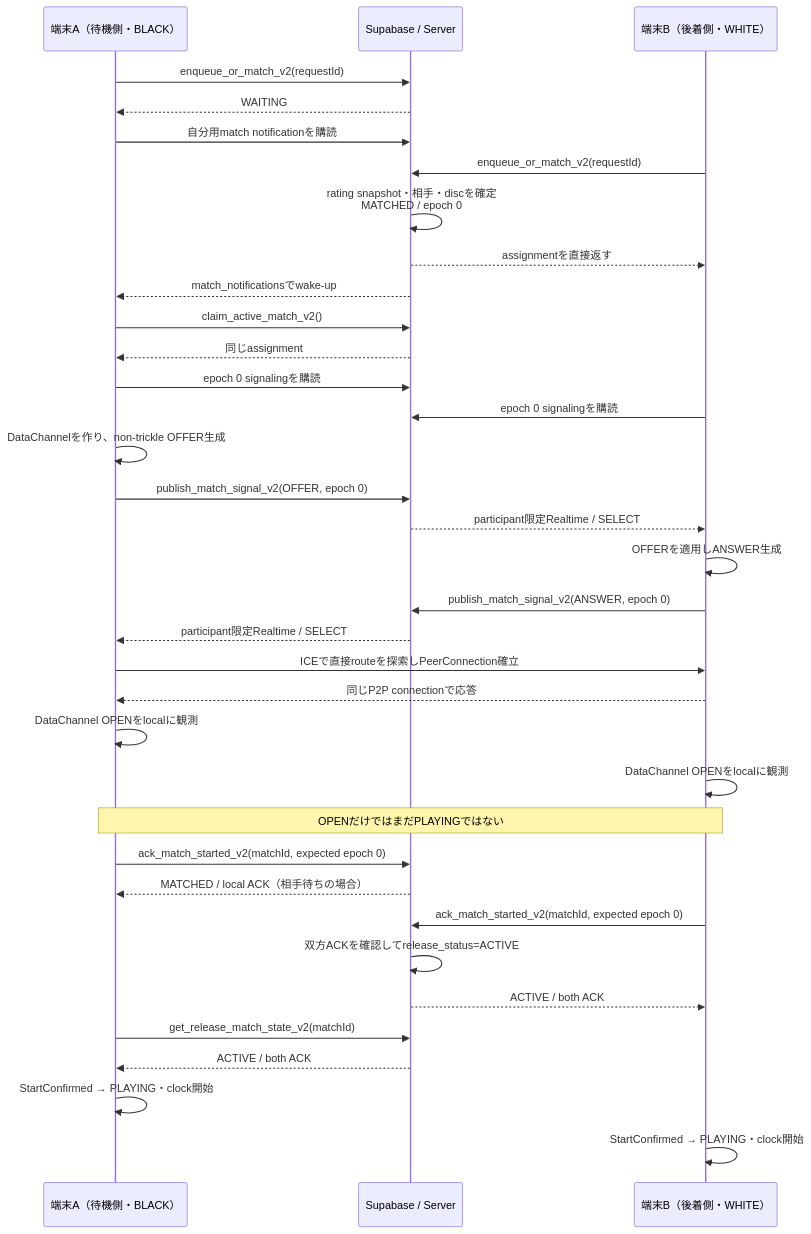
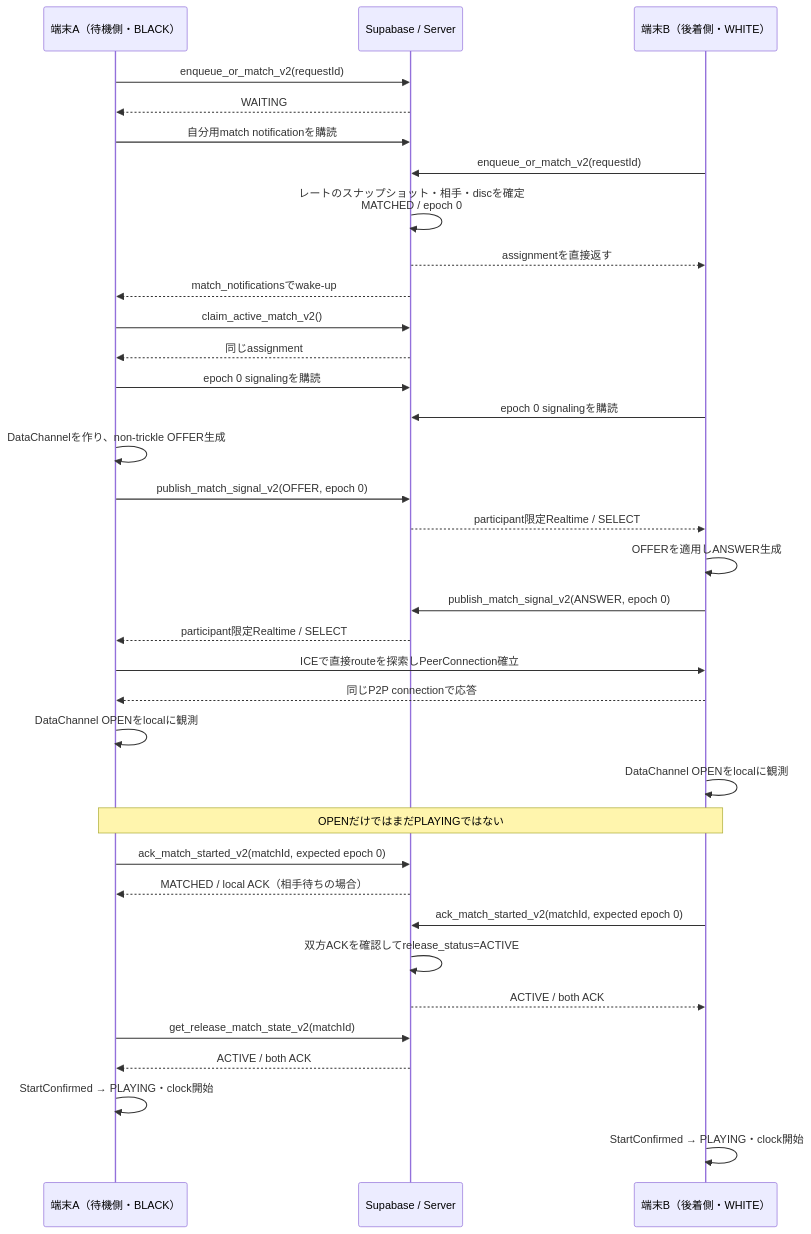
The second of 4 diagrams in docs/02_オンライン対局/通常接続設計.md (shinp-dev/othello), drawn with Mermaid before and after one commit. The commit also changed other lines of this file and 21 other files, not shown here.

````diff
--- a/docs/02_オンライン対局/通常接続設計.md
+++ b/docs/02_オンライン対局/通常接続設計.md
@@ -127,40 +127,40 @@
 ```mermaid
 sequenceDiagram
     participant A as 端末A（待機側・BLACK）
     participant S as Supabase / Server
     participant B as 端末B（後着側・WHITE）
 
     A->>S: enqueue_or_match_v2(requestId)
     S-->>A: WAITING
     A->>S: 自分用match notificationを購読
     B->>S: enqueue_or_match_v2(requestId)
-    S->>S: rating snapshot・相手・discを確定<br/>MATCHED / epoch 0
+    S->>S: レートのスナップショット・相手・discを確定<br/>MATCHED / epoch 0
     S-->>B: assignmentを直接返す
     S-->>A: match_notificationsでwake-up
     A->>S: claim_active_match_v2()
     S-->>A: 同じassignment
 
     A->>S: epoch 0 signalingを購読
     B->>S: epoch 0 signalingを購読
     A->>A: DataChannelを作り、non-trickle OFFER生成
     A->>S: publish_match_signal_v2(OFFER, epoch 0)
     S-->>B: participant限定Realtime / SELECT
     B->>B: OFFERを適用しANSWER生成
     B->>S: publish_match_signal_v2(ANSWER, epoch 0)
     S-->>A: participant限定Realtime / SELECT
 
     A->>B: ICEで直接routeを探索しPeerConnection確立
     B-->>A: 同じP2P connectionで応答
     A->>A: DataChannel OPENをlocalに観測
     B->>B: DataChannel OPENをlocalに観測
     Note over A,B: OPENだけではまだPLAYINGではない
     A->>S: ack_match_started_v2(matchId, expected epoch 0)
     S-->>A: MATCHED / local ACK（相手待ちの場合）
     B->>S: ack_match_started_v2(matchId, expected epoch 0)
     S->>S: 双方ACKを確認してrelease_status=ACTIVE
     S-->>B: ACTIVE / both ACK
     A->>S: get_release_match_state_v2(matchId)
     S-->>A: ACTIVE / both ACK
     A->>A: StartConfirmed → PLAYING・clock開始
     B->>B: StartConfirmed → PLAYING・clock開始
 ```
````
